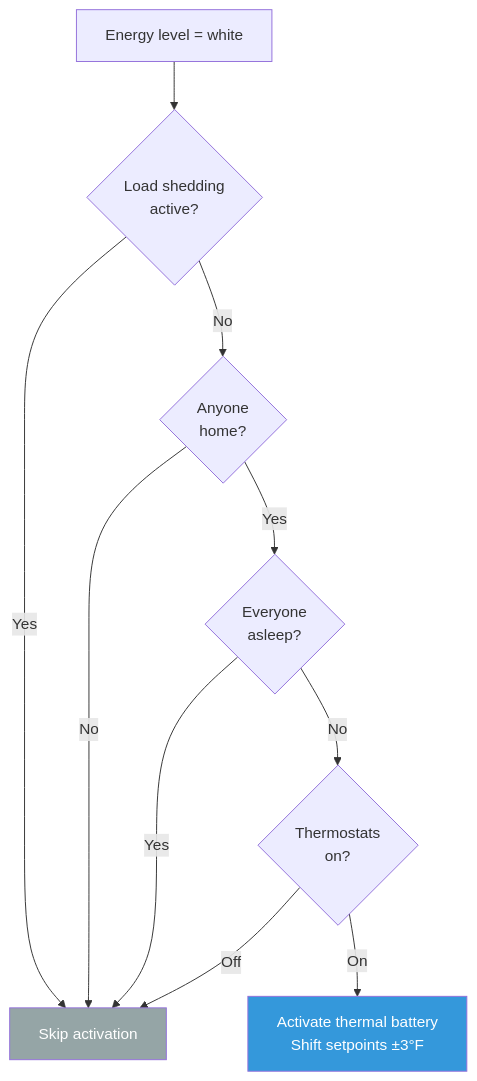
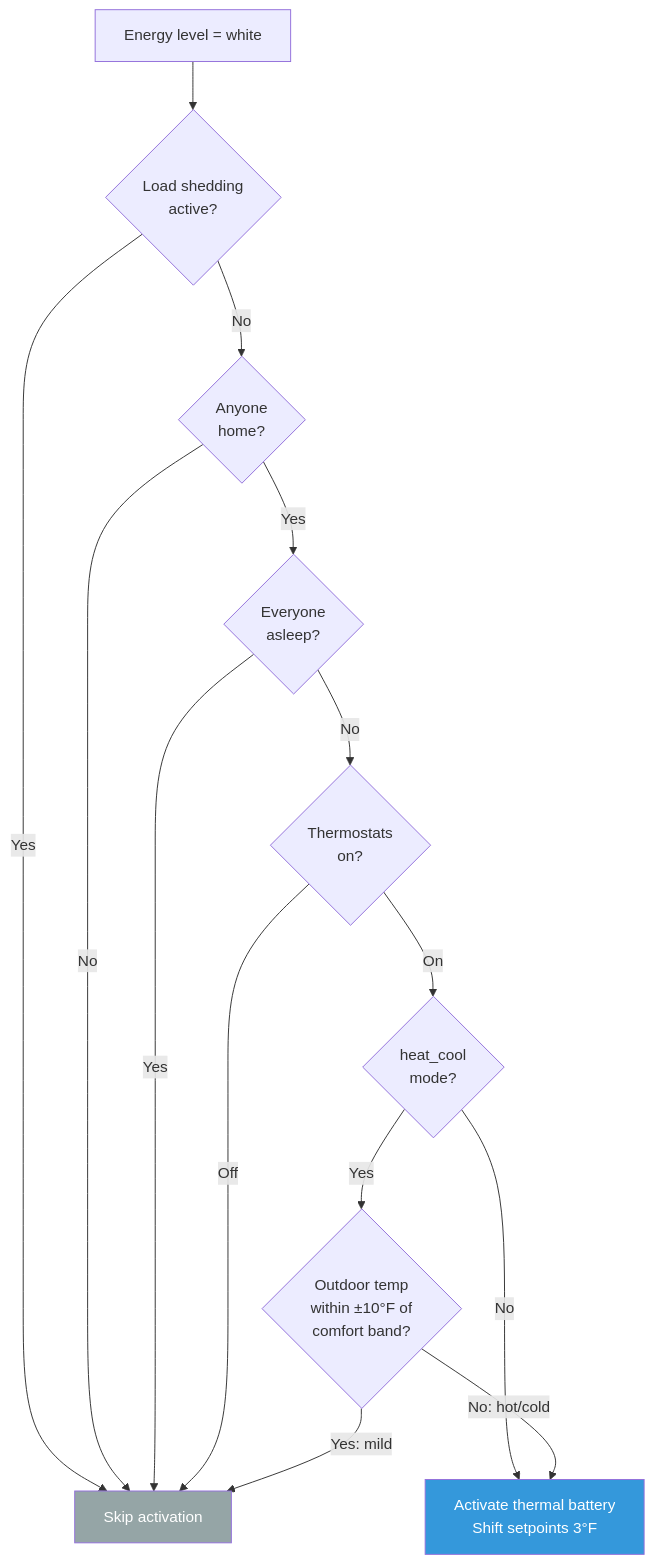
One commit to NickBorgers/home-automation changed the fourth of 6 diagrams in docs/flows/LOAD_SHEDDING.md. Above: the diagram before and after it, drawn with Mermaid. The commit also changed other lines of this file, not shown here.

Commit message:
docs: Fix heat_cool thermal battery docs to match outdoor temp logic
The LOAD_SHEDDING.md docs described heat_cool/auto mode as shifting
both bounds inward (low up, high down). The actual implementation
shifts the entire band in one direction based on outdoor temperature,
with a skip zone when outdoor temp is mild. Updated the setpoint
shifting table, added outdoor temp sensor details, and added the
outdoor temp check to the activation guards flowchart.

````diff
--- a/docs/flows/LOAD_SHEDDING.md
+++ b/docs/flows/LOAD_SHEDDING.md
@@ -122,23 +122,29 @@
 ```mermaid
 flowchart TD
     whiteLevel["Energy level = white"]
     checkLS{"Load shedding<br/>active?"}
     checkHome{"Anyone<br/>home?"}
     checkSleep{"Everyone<br/>asleep?"}
     checkHVAC{"Thermostats<br/>on?"}
-    activate["Activate thermal battery<br/>Shift setpoints ±3°F"]
+    checkMode{"heat_cool<br/>mode?"}
+    checkOutdoor{"Outdoor temp<br/>within ±10°F of<br/>comfort band?"}
+    activate["Activate thermal battery<br/>Shift setpoints 3°F"]
     skip["Skip activation"]
 
     whiteLevel --> checkLS
     checkLS -->|Yes| skip
     checkLS -->|No| checkHome
     checkHome -->|No| skip
     checkHome -->|Yes| checkSleep
     checkSleep -->|Yes| skip
     checkSleep -->|No| checkHVAC
     checkHVAC -->|Off| skip
-    checkHVAC -->|On| activate
+    checkHVAC -->|On| checkMode
+    checkMode -->|No| activate
+    checkMode -->|Yes| checkOutdoor
+    checkOutdoor -->|Yes: mild| skip
+    checkOutdoor -->|No: hot/cold| activate
 
     style activate fill:#3498db,color:#fff
     style skip fill:#95a5a6,color:#fff
 ```
````
